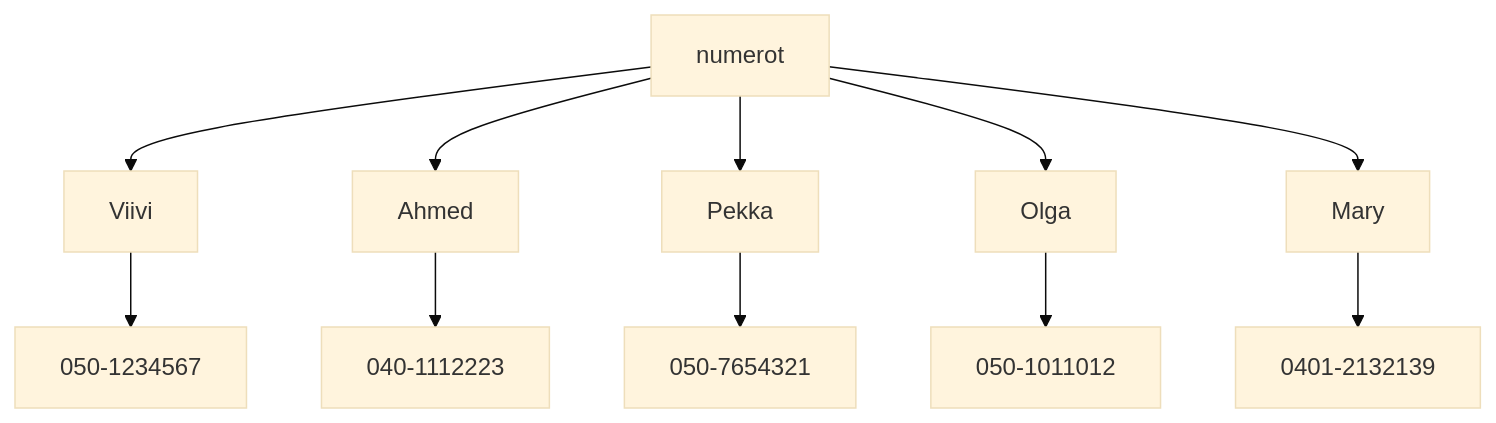
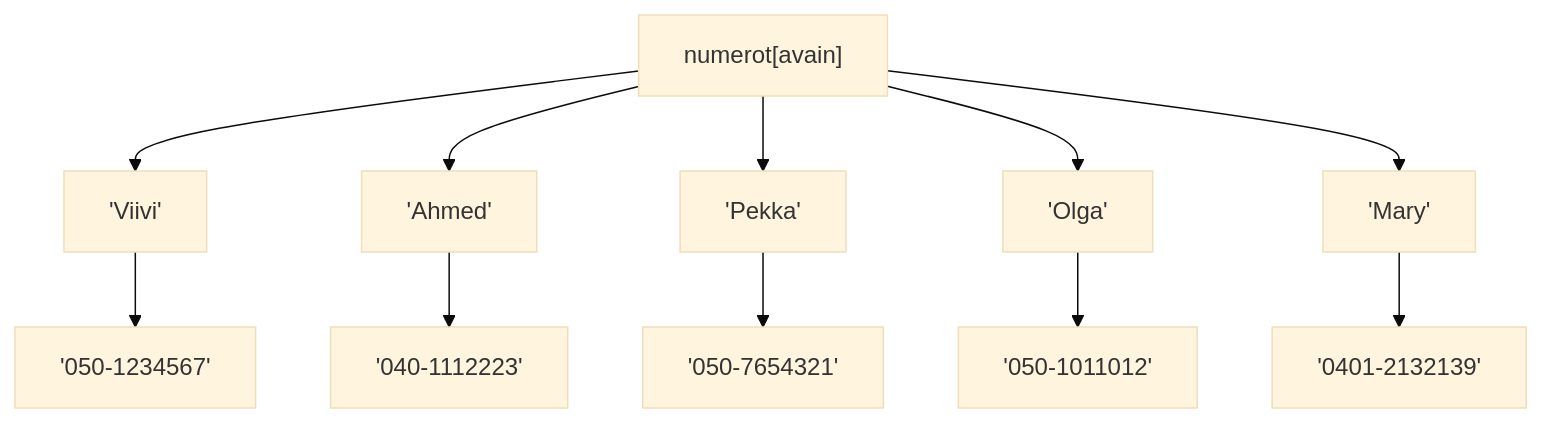
The first of 4 diagrams in fi/07_Monikko_joukko_ja_sanakirja.md (metropolia-sw/python), drawn with Mermaid (base theme) before and after one commit. The commit also changed other lines of this file, not shown here.

Commit message:
update mermaid diagrams, wip: choose better ones

````diff
--- a/fi/07_Monikko_joukko_ja_sanakirja.md
+++ b/fi/07_Monikko_joukko_ja_sanakirja.md
@@ -156,16 +156,16 @@
 ```mermaid
 graph TD
-    A[numerot]
+    A["numerot[avain]"]
 
-    A --> K1[Viivi]
-    A --> K2[Ahmed]
-    A --> K3[Pekka]
-    A --> K4[Olga]
-    A --> K5[Mary]
+    A --> K1['Viivi']
+    A --> K2['Ahmed']
+    A --> K3['Pekka']
+    A --> K4['Olga']
+    A --> K5['Mary']
 
-    K1 --> V1["050-1234567"]
-    K2 --> V2["040-1112223"]
-    K3 --> V3["050-7654321"]
-    K4 --> V4["050-1011012"]
-    K5 --> V5["0401-2132139"]
+    K1 --> V1['050-1234567']
+    K2 --> V2['040-1112223']
+    K3 --> V3['050-7654321']
+    K4 --> V4['050-1011012']
+    K5 --> V5['0401-2132139']
 ```
````
